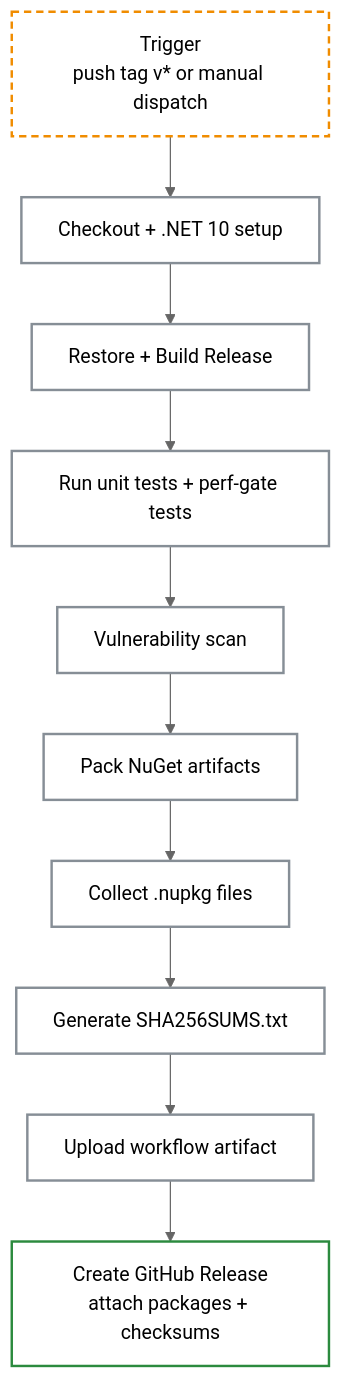
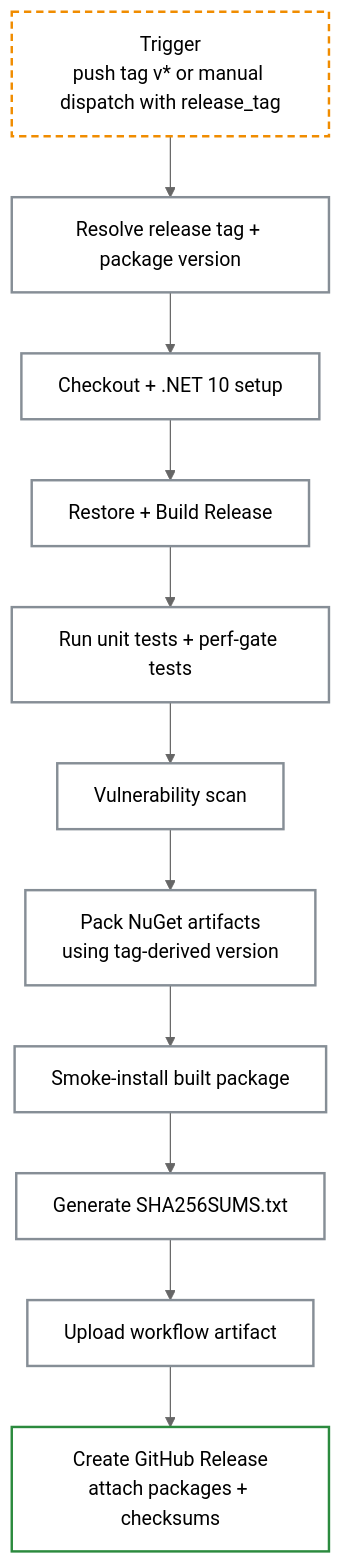
The third of 4 diagrams in docs/WORKFLOWS.md (haxxornulled/VapeCache), drawn with Mermaid (neutral theme) before and after one commit. The commit also changed other lines of this file and 94 other files, not shown here.

````diff
--- a/docs/WORKFLOWS.md
+++ b/docs/WORKFLOWS.md
@@ -68,16 +68,17 @@
 ```mermaid
 flowchart TB
     classDef step fill:transparent,stroke:#868e96,stroke-width:2px
     classDef gate fill:transparent,stroke:#f08c00,stroke-width:2px,stroke-dasharray: 6 4
     classDef done fill:transparent,stroke:#2b8a3e,stroke-width:2px
 
-    A[Trigger<br/>push tag v* or manual dispatch]:::gate --> B[Checkout + .NET 10 setup]:::step
-    B --> C[Restore + Build Release]:::step
-    C --> D[Run unit tests + perf-gate tests]:::step
-    D --> E[Vulnerability scan]:::step
-    E --> F[Pack NuGet artifacts]:::step
-    F --> G[Collect .nupkg files]:::step
-    G --> H[Generate SHA256SUMS.txt]:::step
-    H --> I[Upload workflow artifact]:::step
-    I --> J[Create GitHub Release<br/>attach packages + checksums]:::done
+    A[Trigger<br/>push tag v* or manual dispatch with release_tag]:::gate --> B[Resolve release tag + package version]:::step
+    B --> C[Checkout + .NET 10 setup]:::step
+    C --> D[Restore + Build Release]:::step
+    D --> E[Run unit tests + perf-gate tests]:::step
+    E --> F[Vulnerability scan]:::step
+    F --> G[Pack NuGet artifacts<br/>using tag-derived version]:::step
+    G --> H[Smoke-install built package]:::step
+    H --> I[Generate SHA256SUMS.txt]:::step
+    I --> J[Upload workflow artifact]:::step
+    J --> K[Create GitHub Release<br/>attach packages + checksums]:::done
 ```
````
